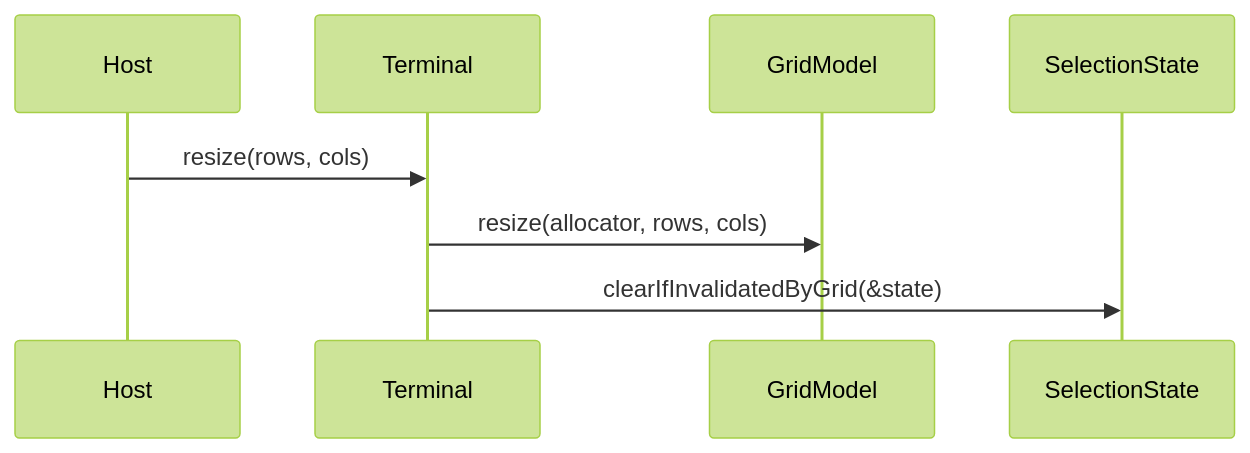
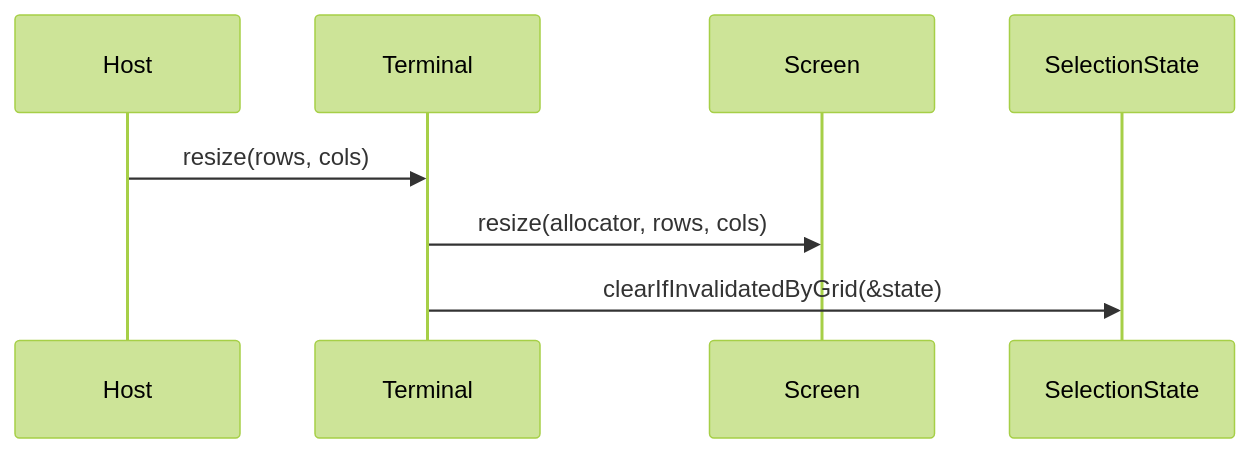
One commit to LaurenceGuws/howl-vt changed the fourth of 4 diagrams in design.md. Above: the diagram before and after it, drawn with Mermaid (forest theme). The commit also changed other lines of this file and 45 other files, not shown here.

Commit message:
vt: rename grid owner to screen

````diff
--- a/design.md
+++ b/design.md
@@ -145,11 +142,11 @@
 ```mermaid
 sequenceDiagram
     participant Host
     participant V as Terminal
-    participant G as GridModel
+    participant G as Screen
     participant S as SelectionState
 
     Host->>V: resize(rows, cols)
     V->>G: resize(allocator, rows, cols)
     V->>S: clearIfInvalidatedByGrid(&state)
 ```
````
